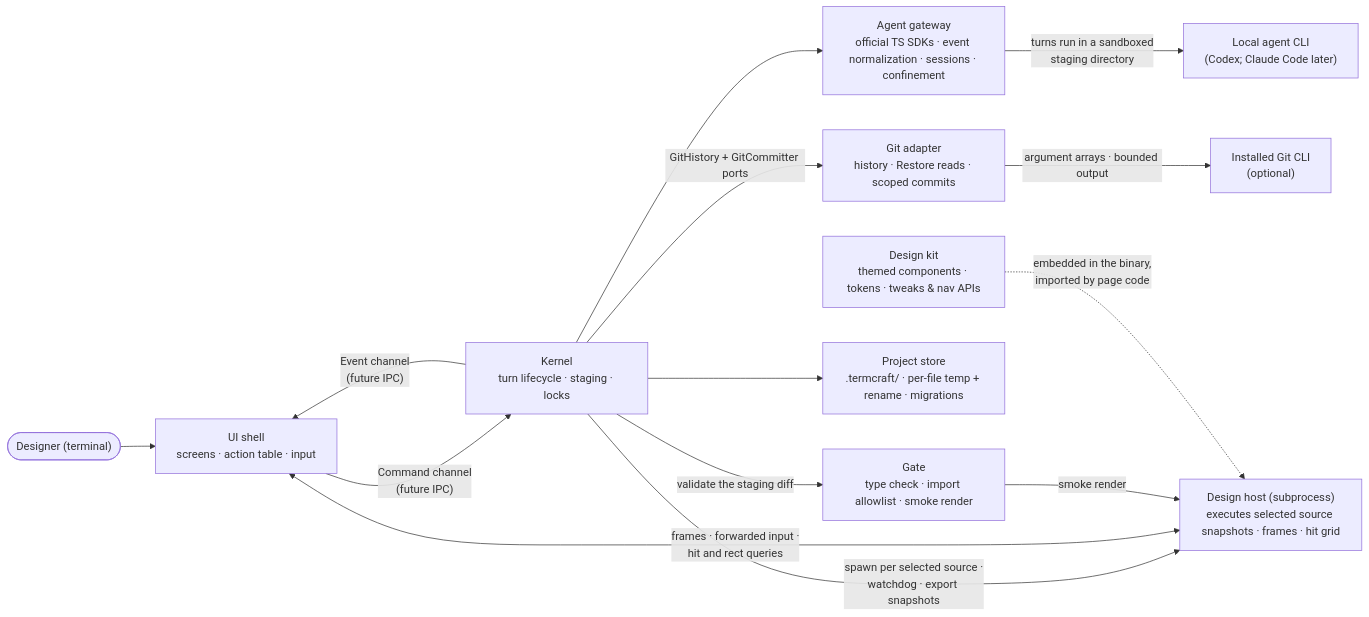
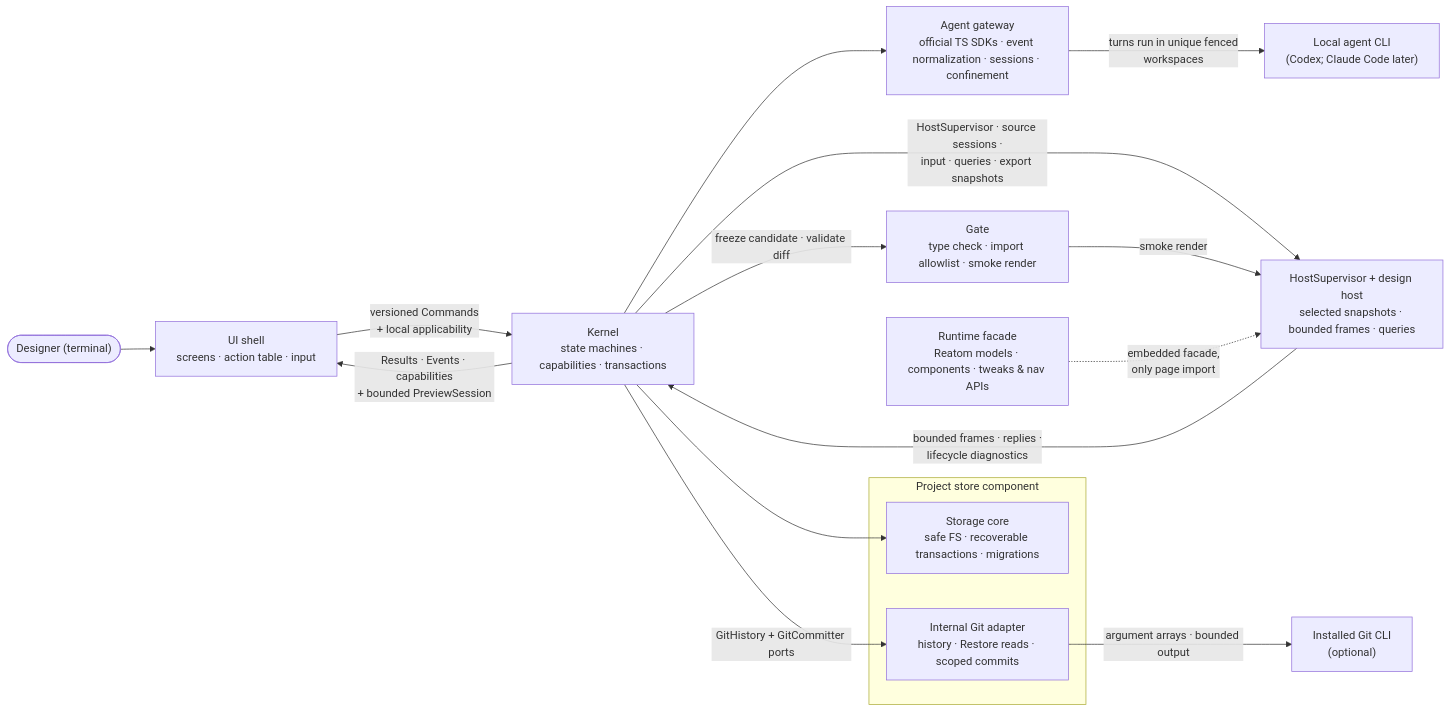
Before and after one commit to khmilevoi/termcraft: the diagram in docs/architecture/modules.md, drawn with Mermaid. The commit also changed other lines of this file and 22 other files, not shown here.

````diff
--- a/docs/architecture/modules.md
+++ b/docs/architecture/modules.md
@@ -3,28 +3,30 @@
 ```mermaid
 flowchart LR
     designer(["Designer (terminal)"]) --> uishell
     cli["Local agent CLI<br/>(Codex; Claude Code later)"]
     gitcli["Installed Git CLI<br/>(optional)"]
 
     uishell["UI shell<br/>screens · action table · input"]
-    kernel["Kernel<br/>turn lifecycle · staging · locks"]
+    kernel["Kernel<br/>state machines · capabilities · transactions"]
     gateway["Agent gateway<br/>official TS SDKs · event normalization · sessions · confinement"]
     gate["Gate<br/>type check · import allowlist · smoke render"]
-    kit["Design kit<br/>themed components · tokens · tweaks & nav APIs"]
-    host["Design host (subprocess)<br/>executes selected source snapshots · frames · hit grid"]
-    pstore["Project store<br/>.termcraft/ · per-file temp + rename · migrations"]
-    gitadapter["Git adapter<br/>history · Restore reads · scoped commits"]
+    runtime["Runtime facade<br/>Reatom models · components · tweaks & nav APIs"]
+    host["HostSupervisor + design host<br/>selected snapshots · bounded frames · queries"]
+    subgraph storecomponent["Project store component"]
+        pstore["Storage core<br/>safe FS · recoverable transactions · migrations"]
+        gitadapter["Internal Git adapter<br/>history · Restore reads · scoped commits"]
+    end
 
-    uishell -- "Command channel<br/>(future IPC)" --> kernel
-    kernel -- "Event channel<br/>(future IPC)" --> uishell
+    uishell -- "versioned Commands<br/>+ local applicability" --> kernel
+    kernel -- "Results · Events · capabilities<br/>+ bounded PreviewSession" --> uishell
     kernel --> gateway
-    gateway -- "turns run in a sandboxed<br/>staging directory" --> cli
-    kernel -- "validate the staging diff" --> gate
+    gateway -- "turns run in unique fenced<br/>workspaces" --> cli
+    kernel -- "freeze candidate · validate diff" --> gate
     kernel --> pstore
     kernel -- "GitHistory + GitCommitter ports" --> gitadapter
     gitadapter -- "argument arrays · bounded output" --> gitcli
-    kernel -- "spawn per selected source ·<br/>watchdog · export snapshots" --> host
-    uishell <-- "frames · forwarded input ·<br/>hit and rect queries" --> host
+    kernel -- "HostSupervisor · source sessions ·<br/>input · queries · export snapshots" --> host
+    host -- "bounded frames · replies ·<br/>lifecycle diagnostics" --> kernel
     gate -- "smoke render" --> host
-    kit -. "embedded in the binary,<br/>imported by page code" .-> host
+    runtime -. "embedded facade,<br/>only page import" .-> host
 ```
````
